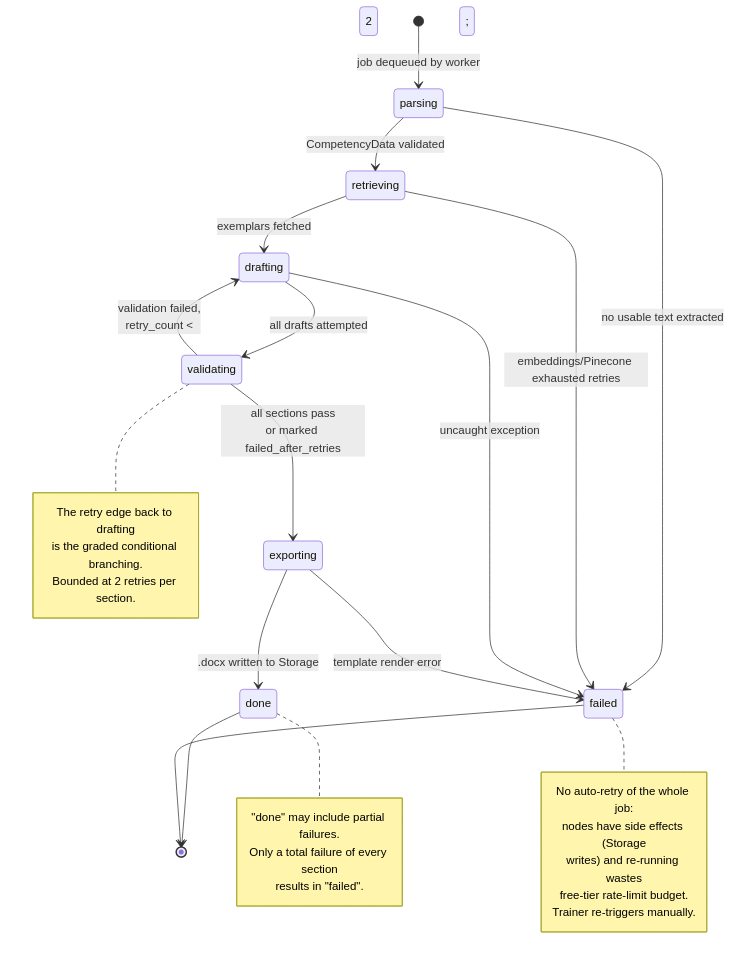
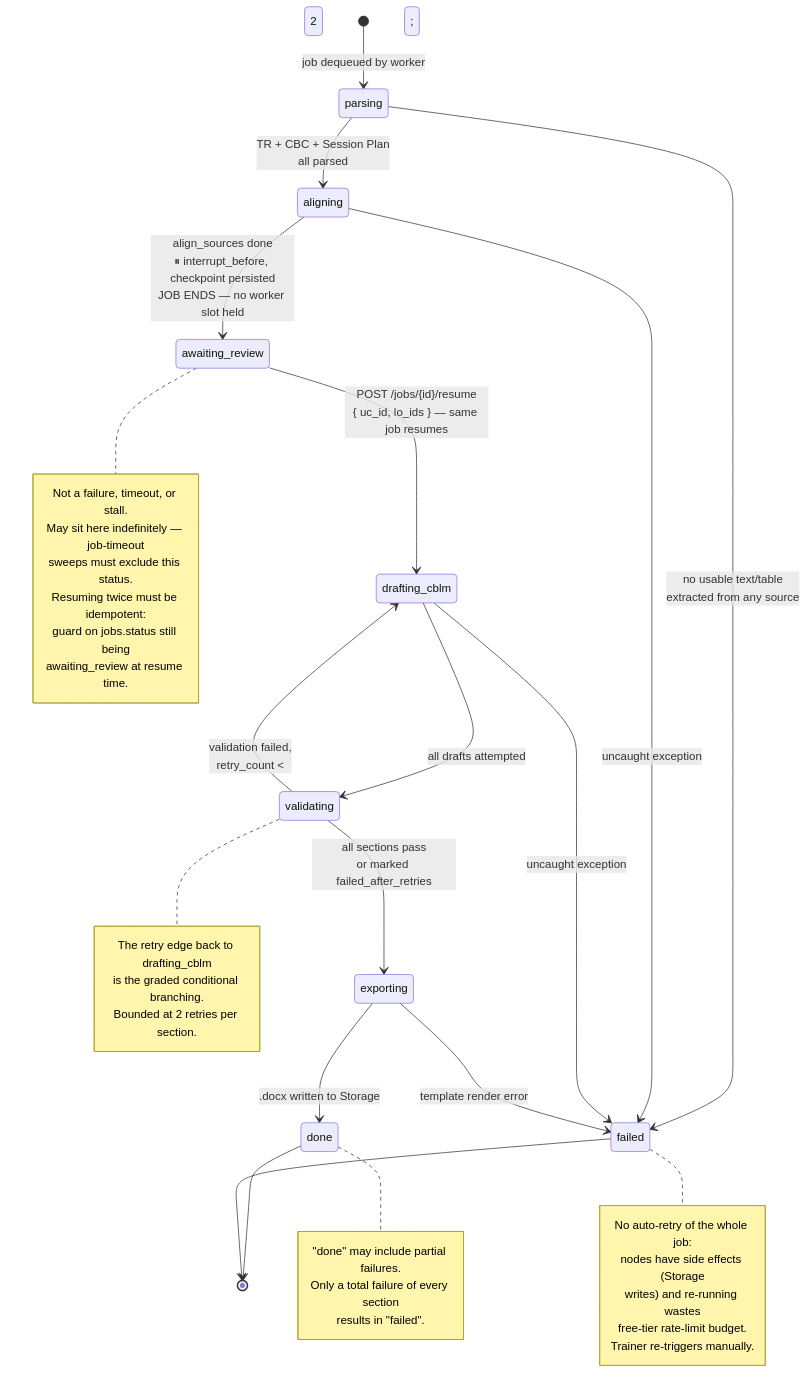
Before and after one commit to shuakyle21/tesda-cbc-agent: the fourth of 9 diagrams in docs/specs/TECHNICAL_DIAGRAMS.md, drawn with Mermaid. The commit also changed other lines of this file and 5 other files, not shown here.

````diff
--- a/docs/specs/TECHNICAL_DIAGRAMS.md
+++ b/docs/specs/TECHNICAL_DIAGRAMS.md
@@ -226,42 +271,53 @@
 ```mermaid
 stateDiagram-v2
     [*] --> parsing : job dequeued by worker
 
-    parsing --> retrieving : CompetencyData validated
-    parsing --> failed : no usable text extracted
+    parsing --> aligning : TR + CBC + Session Plan<br/>all parsed
+    parsing --> failed : no usable text/table<br/>extracted from any source
 
-    retrieving --> drafting : exemplars fetched
-    retrieving --> failed : embeddings/Pinecone exhausted retries
+    aligning --> awaiting_review : align_sources done<br/>⏸ interrupt_before, checkpoint persisted<br/>JOB ENDS — no worker slot held
+    aligning --> failed : uncaught exception
 
-    drafting --> validating : all drafts attempted
-    drafting --> failed : uncaught exception
+    awaiting_review --> drafting_cblm : POST /jobs/{id}/resume<br/>{ uc_id, lo_ids } — same job resumes
 
-    validating --> drafting : validation failed,<br/>retry_count &lt; 2
+    drafting_cblm --> validating : all drafts attempted
+    drafting_cblm --> failed : uncaught exception
+
+    validating --> drafting_cblm : validation failed,<br/>retry_count &lt; 2
     validating --> exporting : all sections pass<br/>or marked failed_after_retries
 
     exporting --> done : .docx written to Storage
     exporting --> failed : template render error
 
     done --> [*]
     failed --> [*]
 
+    note right of awaiting_review
+        Not a failure, timeout, or stall.
+        May sit here indefinitely — job-timeout
+        sweeps must exclude this status.
+        Resuming twice must be idempotent:
+        guard on jobs.status still being
+        awaiting_review at resume time.
+    end note
+
     note right of validating
-        The retry edge back to drafting
+        The retry edge back to drafting_cblm
         is the graded conditional branching.
         Bounded at 2 retries per section.
     end note
 
     note right of done
         "done" may include partial failures.
         Only a total failure of every section
         results in "failed".
     end note
 
     note right of failed
         No auto-retry of the whole job:
         nodes have side effects (Storage
         writes) and re-running wastes
         free-tier rate-limit budget.
         Trainer re-triggers manually.
     end note
 ```
````
